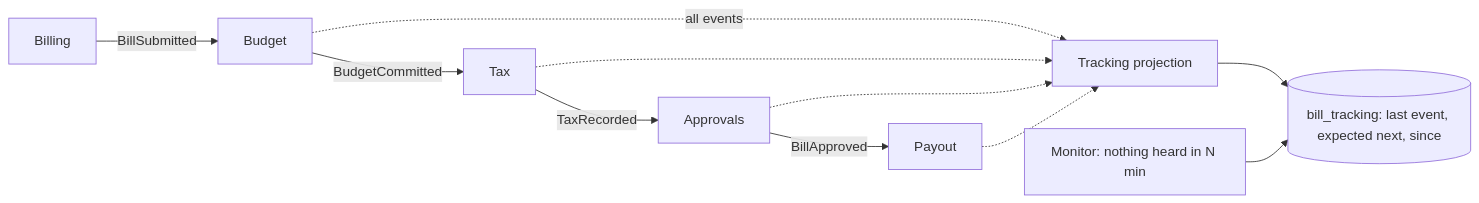
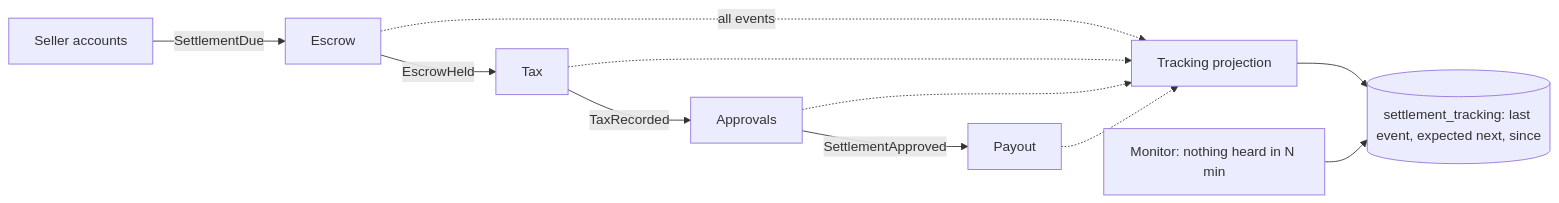
One commit to rizwi0786/system-design-lab changed the fourth of 4 diagrams in content/lessons/m16/m16-saga-orchestration-choreography.md. Above: the diagram before and after it, drawn with Mermaid. The commit also changed other lines of this file and 334 other files, not shown here.

````diff
--- a/content/lessons/m16/m16-saga-orchestration-choreography.md
+++ b/content/lessons/m16/m16-saga-orchestration-choreography.md
@@ -276,13 +276,13 @@
 ```mermaid
 flowchart LR
-    BILL["Billing"] -->|"BillSubmitted"| BUD["Budget"]
-    BUD -->|"BudgetCommitted"| TAX["Tax"]
+    BILL["Seller accounts"] -->|"SettlementDue"| BUD["Escrow"]
+    BUD -->|"EscrowHeld"| TAX["Tax"]
     TAX -->|"TaxRecorded"| APR["Approvals"]
-    APR -->|"BillApproved"| PAY["Payout"]
+    APR -->|"SettlementApproved"| PAY["Payout"]
     BUD -.->|"all events"| TRK["Tracking projection"]
     TAX -.-> TRK
     APR -.-> TRK
     PAY -.-> TRK
-    TRK --> TDB[("bill_tracking: last event, expected next, since")]
+    TRK --> TDB[("settlement_tracking: last event, expected next, since")]
     MON["Monitor: nothing heard in N min"] --> TDB
 ```
````
